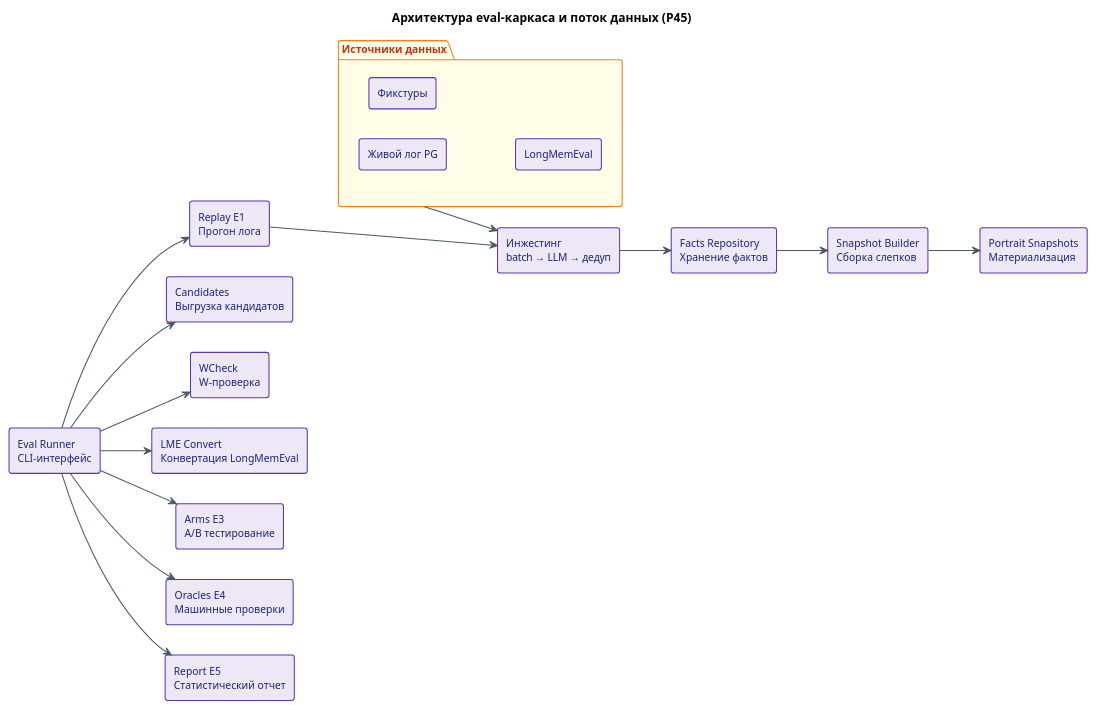
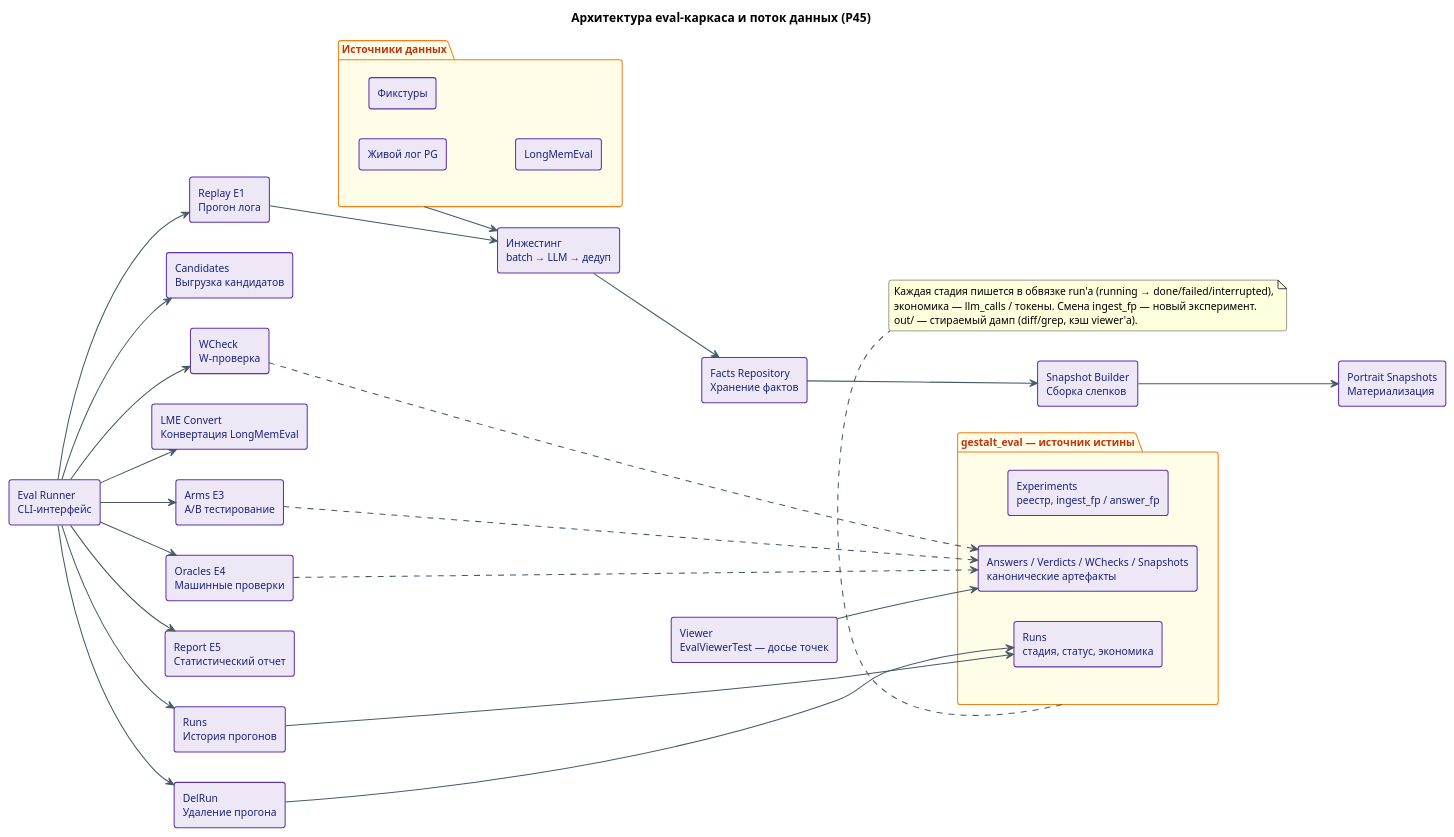
One commit to longirun/gestalt changed the diagram in docs/spec/eval/архитектура-каркаса.puml. Above: the diagram before and after it, drawn with PlantUML. The commit also changed 2 other files, not shown here.

Commit message:
update docs in eval test runs

```diff
--- a/docs/spec/eval/архитектура-каркаса.puml
+++ b/docs/spec/eval/архитектура-каркаса.puml
@@ -1,81 +1,111 @@
 @startuml архитектура-каркаса
 title Архитектура eval-каркаса и поток данных (Р45)
 left to right direction
 
 skinparam componentStyle rectangle
 skinparam roundcorner 6
 skinparam shadowing false
 skinparam defaultFontName "Liberation Sans, sans-serif"
 skinparam defaultFontSize 12
 
 skinparam component {
   BackgroundColor #EDE7F6
   BorderColor #5E35B1
   FontColor #1A237E
   BorderThickness 1.2
 }
 
 skinparam package {
   BackgroundColor #FFFDE7
   BorderColor #F57F17
   FontColor #BF360C
   BorderThickness 1.2
 }
 
 skinparam arrow {
   Color #455A64
   Thickness 1.2
 }
 
 ' Hub
 [Eval Runner\nCLI-интерфейс] as Runner
 
 ' Commands (Column 2)
 [Replay E1\nПрогон лога] as Replay
 [Candidates\nВыгрузка кандидатов] as Candidates
 [WCheck\nW-проверка] as WCheck
 [LME Convert\nКонвертация LongMemEval] as Lme
 [Arms E3\nA/B тестирование] as Arms
 [Oracles E4\nМашинные проверки] as Oracles
 [Report E5\nСтатистический отчет] as Report
+[Runs\nИстория прогонов] as RunsCmd
+[DelRun\nУдаление прогона] as DelRunCmd
 
 ' Align commands vertically in column 2 (in LR mode, -right-> is vertically downwards)
 Replay -[hidden]right-> Candidates
 Candidates -[hidden]right-> WCheck
 WCheck -[hidden]right-> Lme
 Lme -[hidden]right-> Arms
 Arms -[hidden]right-> Oracles
 Oracles -[hidden]right-> Report
+Report -[hidden]right-> RunsCmd
+RunsCmd -[hidden]right-> DelRunCmd
 
 ' Arrows from Runner to Commands
 Runner --> Replay
 Runner --> Candidates
 Runner --> WCheck
 Runner --> Lme
 Runner --> Arms
 Runner --> Oracles
 Runner --> Report
+Runner --> RunsCmd
+Runner --> DelRunCmd
 
 ' Data sources
 package "Источники данных" as Sources {
   [Живой лог PG] as SrcPg
   [Фикстуры] as SrcFix
   [LongMemEval] as SrcLme
 }
 
 ' Replay Pipeline
 [Инжестинг\nbatch → LLM → дедуп] as Ingest
 [Facts Repository\nХранение фактов] as Repo
 [Snapshot Builder\nСборка слепков] as Builder
 [Portrait Snapshots\nМатериализация] as Snaps
 
 Replay -down-> Ingest
 Sources -down-> Ingest
 Ingest -down-> Repo
 Repo -down-> Builder
 Builder -down-> Snaps
 
 ' Keep Sources aligned above Replay pipeline
 Replay -[hidden]down-> Sources
 
+' Lifecycle: PG — источник истины (план 31 §7)
+package "gestalt_eval — источник истины" as Lifecycle {
+  [Experiments\nреестр, ingest_fp / answer_fp] as Exps
+  [Runs\nстадия, статус, экономика] as RunsTbl
+  [Answers / Verdicts / WChecks / Snapshots\nканонические артефакты] as Arts
+}
+
+[Viewer\nEvalViewerTest — досье точек] as Viewer
+
+RunsCmd --> RunsTbl
+DelRunCmd --> RunsTbl
+Arms ..> Arts
+Oracles ..> Arts
+WCheck ..> Arts
+Viewer --> Arts
+' Layout: lifecycle под пайплайном replay
+Repo -[hidden]down-> Exps
+
+note bottom of Lifecycle
+  Каждая стадия пишется в обвязке run'а (running → done/failed/interrupted),
+  экономика — llm_calls / токены. Смена ingest_fp — новый эксперимент.
+  out/ — стираемый дамп (diff/grep, кэш viewer'а).
+end note
+
 @enduml
```
